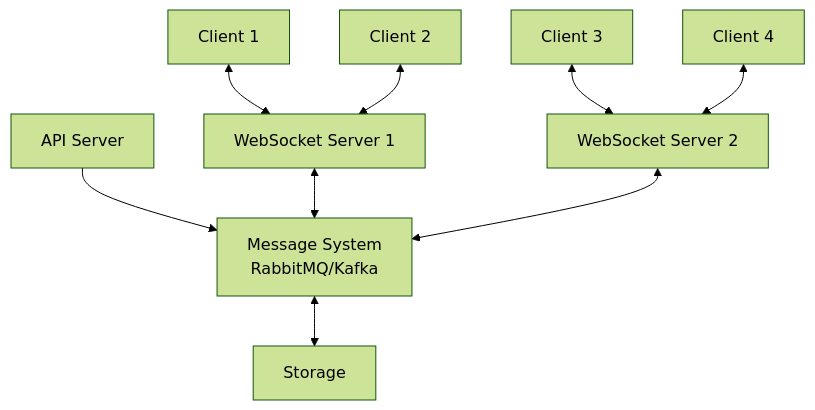
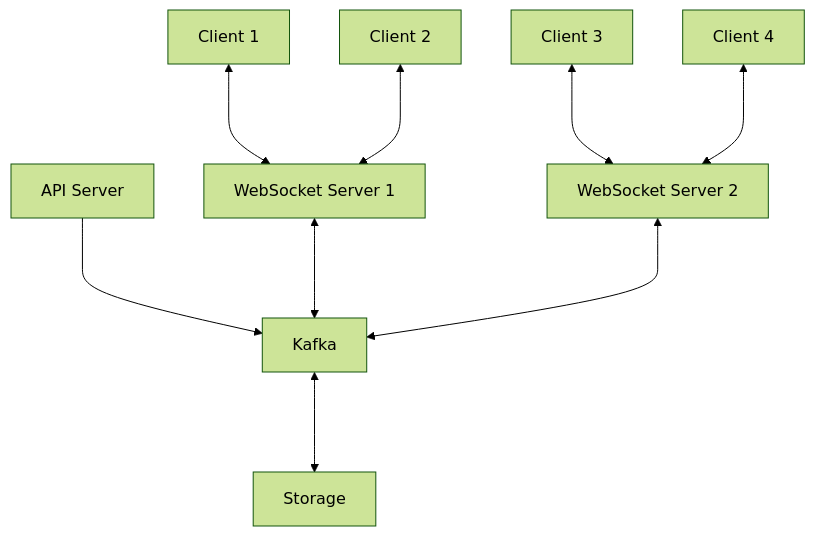
Before and after one commit to lirlia/zenn: the fifth of 5 diagrams in articles/18812fe56bf0c1.md, drawn with Mermaid (forest theme). The commit also changed other lines of this file, not shown here.

Commit message:
記事タイトルと内容を更新し、WebSocketを活用したリアルタイムメッセージ配信基盤の構築に関する情報を整理しました。具体的には、アーキテクチャの選択肢やメッセージ配信の品質保証について詳述し、マネージドWebSocketサービスの選択肢も追加しました。

````diff
--- a/articles/18812fe56bf0c1.md
+++ b/articles/18812fe56bf0c1.md
@@ -202,14 +211,14 @@
 ```mermaid
 graph TD
-    API[API Server] --> MS[Message System<br>RabbitMQ/Kafka]
+    API[API Server] ---> MS[Kafka]
     
-    C1[Client 1] <--> WS1[WebSocket Server 1]
-    C2[Client 2] <--> WS1
-    C3[Client 3] <--> WS2[WebSocket Server 2]
-    C4[Client 4] <--> WS2
+    C1[Client 1] <---> WS1[WebSocket Server 1]
+    C2[Client 2] <---> WS1
+    C3[Client 3] <---> WS2[WebSocket Server 2]
+    C4[Client 4] <---> WS2
     
-    WS1 <--> MS
-    WS2 <--> MS
+    WS1 <---> MS
+    WS2 <---> MS
     
-    MS <--> ST[Storage]
+    MS <---> ST[Storage]
 ```
````
